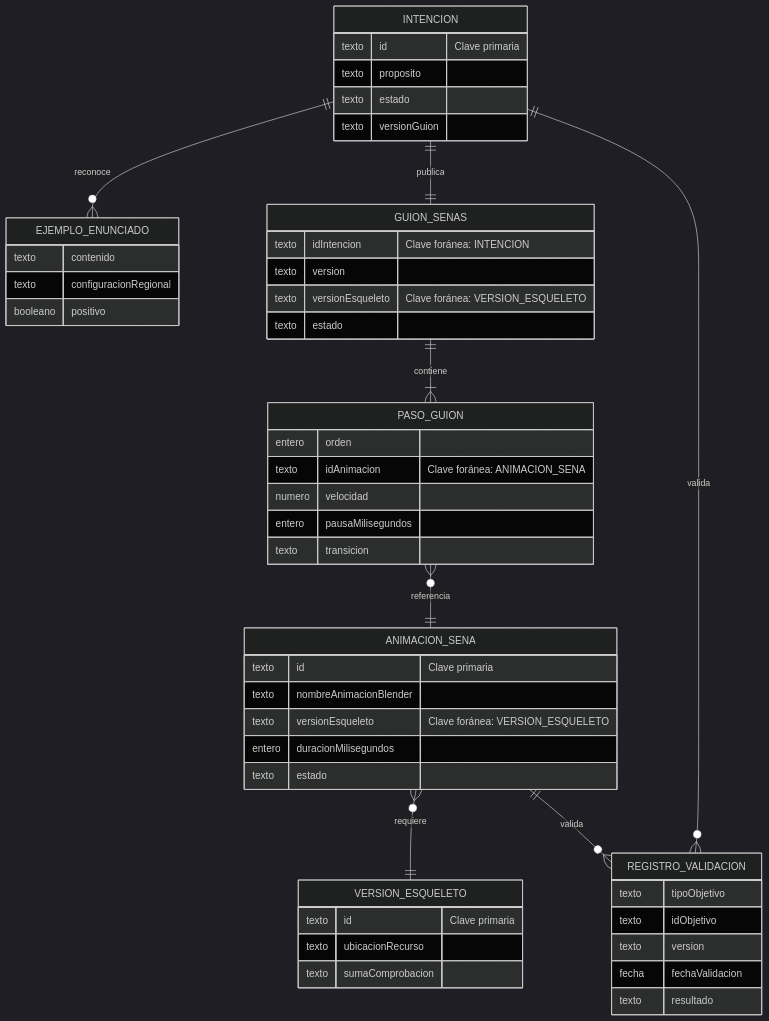
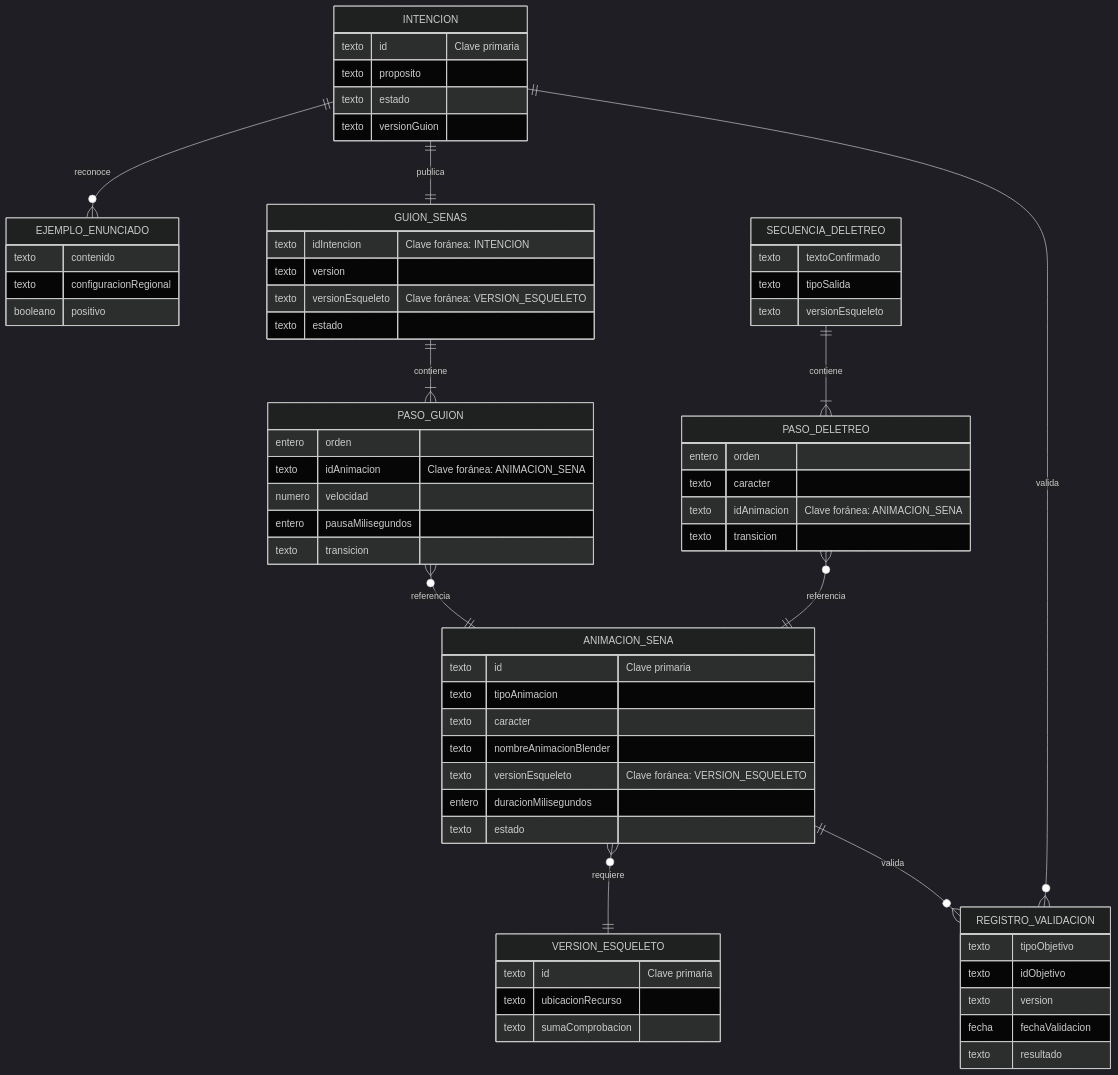
One commit to JhonatanC4STRO/NexoLSC changed the diagram in docs/06-arquitectura/modelo-datos.md. Above: the diagram before and after it, drawn with Mermaid (dark theme). The commit also changed other lines of this file and 39 other files, not shown here.

````diff
--- a/docs/06-arquitectura/modelo-datos.md
+++ b/docs/06-arquitectura/modelo-datos.md
@@ -16,54 +15,69 @@
 ```mermaid
 erDiagram
     INTENCION ||--o{ EJEMPLO_ENUNCIADO : reconoce
     INTENCION ||--|| GUION_SENAS : publica
     GUION_SENAS ||--|{ PASO_GUION : contiene
     PASO_GUION }o--|| ANIMACION_SENA : referencia
+    SECUENCIA_DELETREO ||--|{ PASO_DELETREO : contiene
+    PASO_DELETREO }o--|| ANIMACION_SENA : referencia
     ANIMACION_SENA }o--|| VERSION_ESQUELETO : requiere
     INTENCION ||--o{ REGISTRO_VALIDACION : valida
     ANIMACION_SENA ||--o{ REGISTRO_VALIDACION : valida
 
     INTENCION {
       texto id "Clave primaria"
       texto proposito
       texto estado
       texto versionGuion
     }
     EJEMPLO_ENUNCIADO {
       texto contenido
       texto configuracionRegional
       booleano positivo
     }
     GUION_SENAS {
       texto idIntencion "Clave foránea: INTENCION"
       texto version
       texto versionEsqueleto "Clave foránea: VERSION_ESQUELETO"
       texto estado
     }
     PASO_GUION {
       entero orden
       texto idAnimacion "Clave foránea: ANIMACION_SENA"
       numero velocidad
       entero pausaMilisegundos
       texto transicion
     }
+    SECUENCIA_DELETREO {
+      texto textoConfirmado
+      texto tipoSalida
+      texto versionEsqueleto
+    }
+    PASO_DELETREO {
+      entero orden
+      texto caracter
+      texto idAnimacion "Clave foránea: ANIMACION_SENA"
+      texto transicion
+    }
     ANIMACION_SENA {
       texto id "Clave primaria"
+      texto tipoAnimacion
+      texto caracter
       texto nombreAnimacionBlender
       texto versionEsqueleto "Clave foránea: VERSION_ESQUELETO"
       entero duracionMilisegundos
       texto estado
     }
     VERSION_ESQUELETO {
       texto id "Clave primaria"
       texto ubicacionRecurso
       texto sumaComprobacion
     }
     REGISTRO_VALIDACION {
       texto tipoObjetivo
       texto idObjetivo
       texto version
       fecha fechaValidacion
       texto resultado
     }
 ```
````
